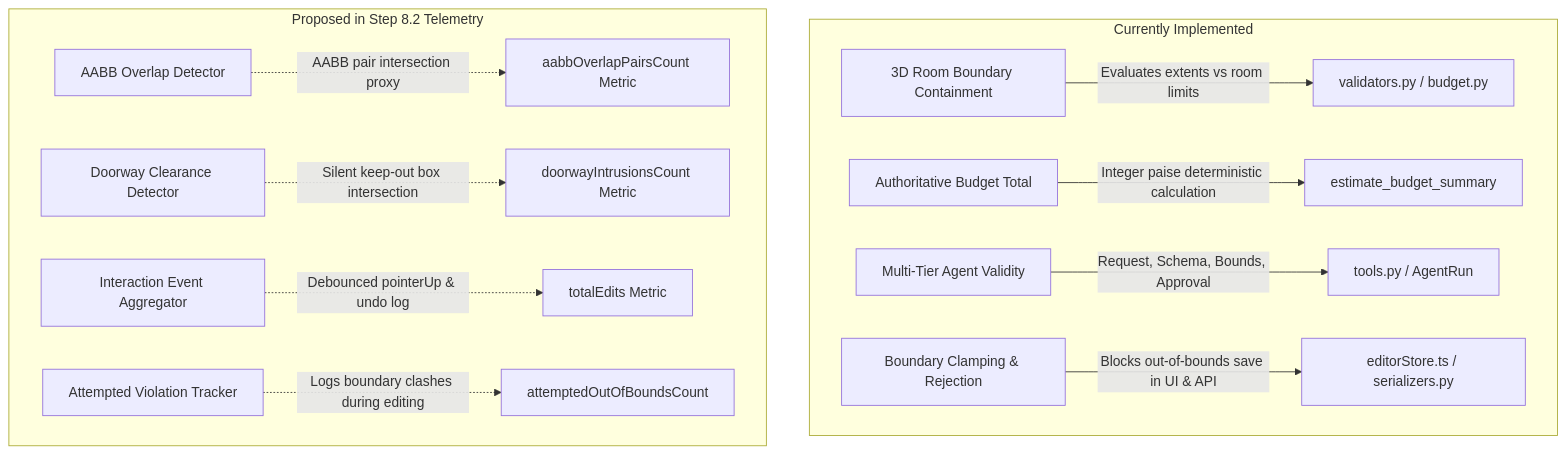
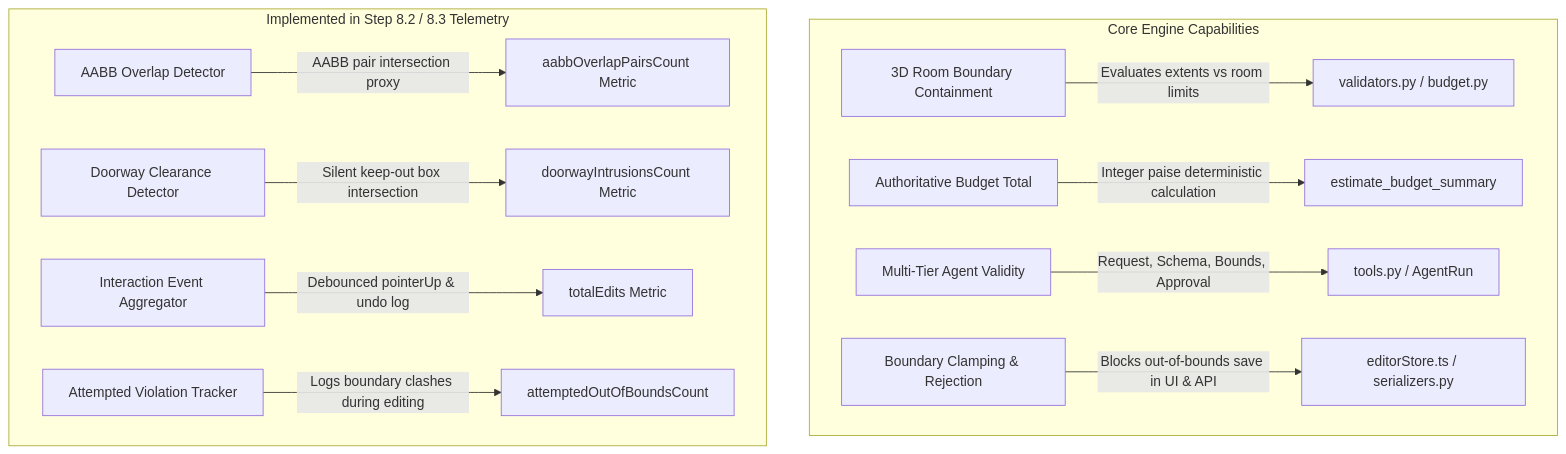
Before and after one commit to GouravSharma26/RoomGenie-ai: the diagram in docs/RESEARCH_PROTOCOL_AND_TASKS.md, drawn with Mermaid. The commit also changed other lines of this file and 4 other files, not shown here.

````diff
--- a/docs/RESEARCH_PROTOCOL_AND_TASKS.md
+++ b/docs/RESEARCH_PROTOCOL_AND_TASKS.md
@@ -279,15 +279,15 @@
 ```mermaid
 graph TD
-    subgraph Currently Implemented
+    subgraph Core Engine Capabilities
         A[3D Room Boundary Containment] -->|Evaluates extents vs room limits| Val[validators.py / budget.py]
         B[Authoritative Budget Total] -->|Integer paise deterministic calculation| Bud[estimate_budget_summary]
         C[Multi-Tier Agent Validity] -->|Request, Schema, Bounds, Approval| Agent[tools.py / AgentRun]
         D[Boundary Clamping & Rejection] -->|Blocks out-of-bounds save in UI & API| Clamp[editorStore.ts / serializers.py]
     end
-    subgraph Proposed in Step 8.2 Telemetry
-        E[AABB Overlap Detector] -.->|AABB pair intersection proxy| Overlap[aabbOverlapPairsCount Metric]
-        F[Doorway Clearance Detector] -.->|Silent keep-out box intersection| Door[doorwayIntrusionsCount Metric]
-        G[Interaction Event Aggregator] -.->|Debounced pointerUp & undo log| Edits[totalEdits Metric]
-        H[Attempted Violation Tracker] -.->|Logs boundary clashes during editing| Attempt[attemptedOutOfBoundsCount]
+    subgraph Implemented in Step 8.2 / 8.3 Telemetry
+        E[AABB Overlap Detector] -->|AABB pair intersection proxy| Overlap[aabbOverlapPairsCount Metric]
+        F[Doorway Clearance Detector] -->|Silent keep-out box intersection| Door[doorwayIntrusionsCount Metric]
+        G[Interaction Event Aggregator] -->|Debounced pointerUp & undo log| Edits[totalEdits Metric]
+        H[Attempted Violation Tracker] -->|Logs boundary clashes during editing| Attempt[attemptedOutOfBoundsCount]
     end
 ```
````
